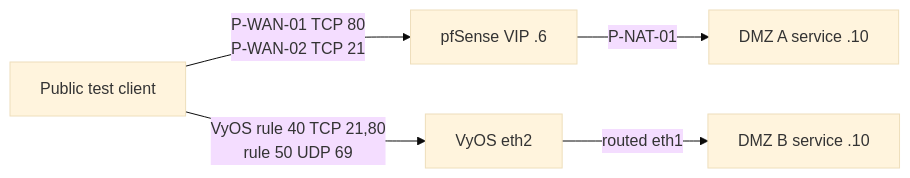
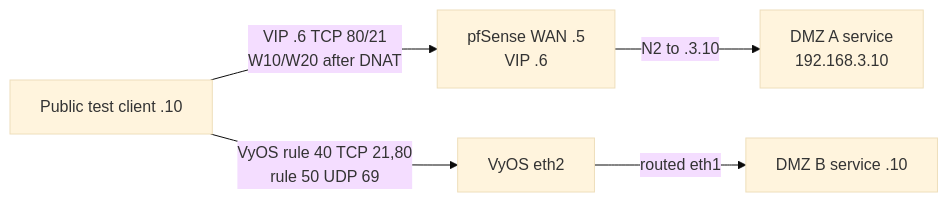
The second of 2 diagrams in projects/firewall-dmz-security/diagrams/zones.md (RJMoral160/cybersecurity-portfolio), drawn with Mermaid (base theme) before and after one commit. The commit also changed 62 other files, not shown here.

````diff
--- a/projects/firewall-dmz-security/diagrams/zones.md
+++ b/projects/firewall-dmz-security/diagrams/zones.md
@@ -15,7 +15,7 @@
 ```mermaid
 flowchart LR
-  Client["Public test client"] -->|"P-WAN-01 TCP 80<br/>P-WAN-02 TCP 21"| PF["pfSense VIP .6"]
-  PF -->|"P-NAT-01"| PS["DMZ A service .10"]
+  Client["Public test client .10"] -->|"VIP .6 TCP 80/21<br/>W10/W20 after DNAT"| PF["pfSense WAN .5<br/>VIP .6"]
+  PF -->|"N2 to .3.10"| PS["DMZ A service<br/>192.168.3.10"]
   Client -->|"VyOS rule 40 TCP 21,80<br/>rule 50 UDP 69"| VY["VyOS eth2"]
   VY -->|"routed eth1"| VS["DMZ B service .10"]
 ```
````
